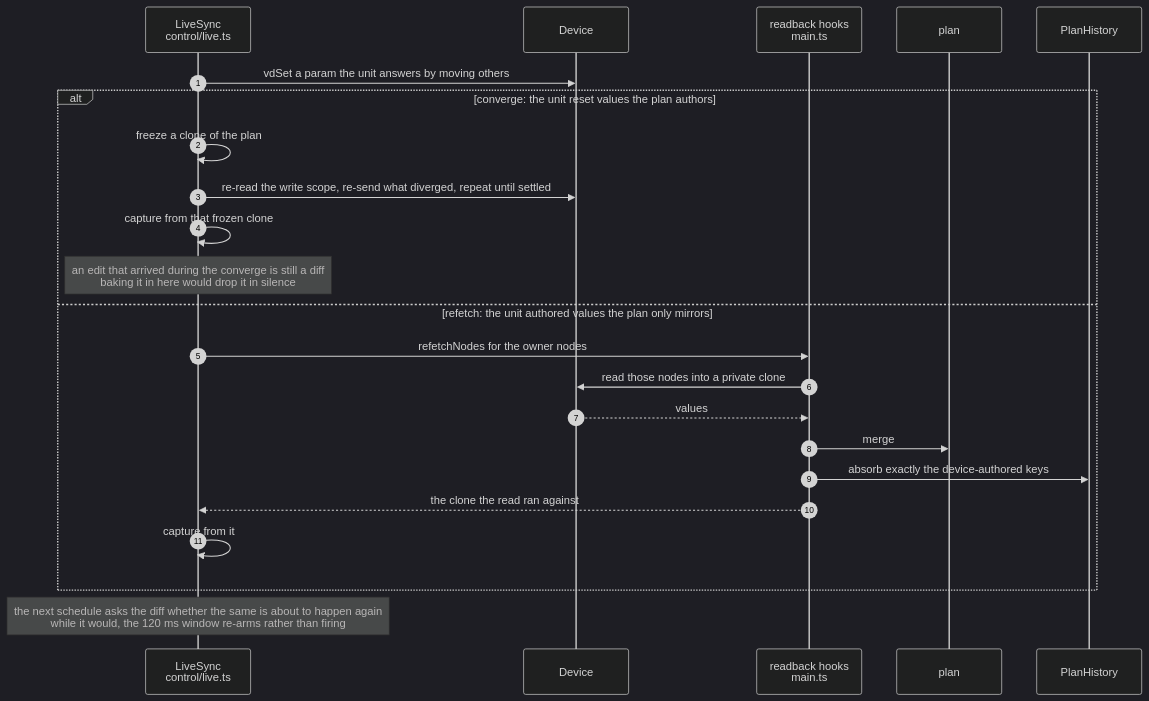
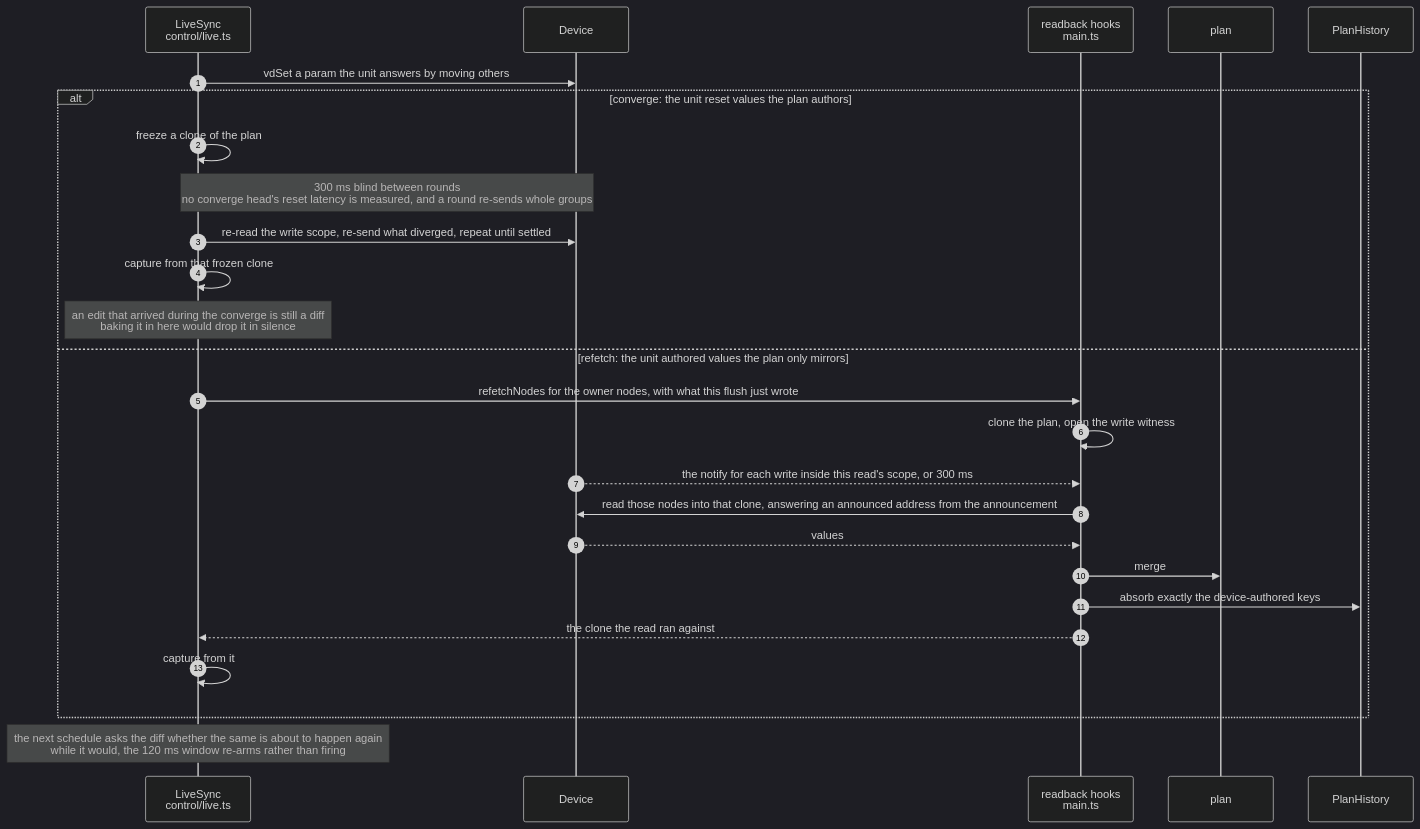
Before and after one commit to semnil/urx-router: the fourth of 5 diagrams in docs/en/architecture.md, drawn with Mermaid (dark theme). The commit also changed other lines of this file and 6 other files, not shown here.

````diff
--- a/docs/en/architecture.md
+++ b/docs/en/architecture.md
@@ -807,26 +884,29 @@
 ```mermaid
 sequenceDiagram
   autonumber
   participant L as LiveSync<br/>control/live.ts
   participant D as Device
   participant H as readback hooks<br/>main.ts
   participant P as plan
   participant HI as PlanHistory
 
   L->>D: vdSet a param the unit answers by moving others
   alt converge: the unit reset values the plan authors
     L->>L: freeze a clone of the plan
+    Note over L,D: 300 ms blind between rounds<br/>no converge head's reset latency is measured, and a round re-sends whole groups
     L->>D: re-read the write scope, re-send what diverged, repeat until settled
     L->>L: capture from that frozen clone
     Note over L: an edit that arrived during the converge is still a diff<br/>baking it in here would drop it in silence
   else refetch: the unit authored values the plan only mirrors
-    L->>H: refetchNodes for the owner nodes
-    H->>D: read those nodes into a private clone
+    L->>H: refetchNodes for the owner nodes, with what this flush just wrote
+    H->>H: clone the plan, open the write witness
+    D-->>H: the notify for each write inside this read's scope, or 300 ms
+    H->>D: read those nodes into that clone, answering an announced address from the announcement
     D-->>H: values
     H->>P: merge
     H->>HI: absorb exactly the device-authored keys
     H-->>L: the clone the read ran against
     L->>L: capture from it
   end
   Note over L: the next schedule asks the diff whether the same is about to happen again<br/>while it would, the 120 ms window re-arms rather than firing
 ```
````
